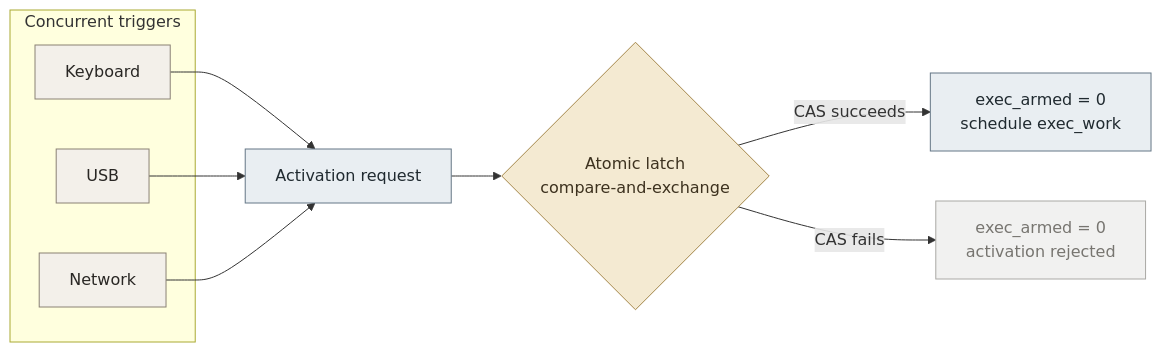
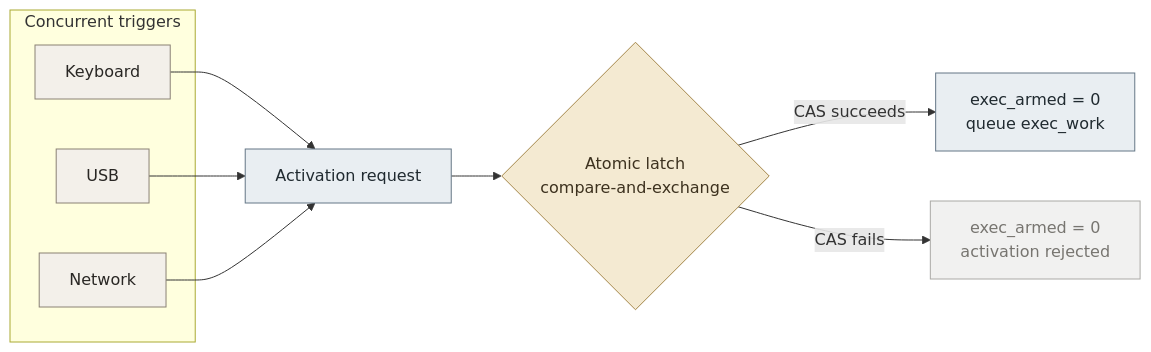
One commit to 0x48piraj/wrong8007 changed the second of 4 diagrams in docs/development.md. Above: the diagram before and after it, drawn with Mermaid. The commit also changed other lines of this file and 4 other files, not shown here.

````diff
--- a/docs/development.md
+++ b/docs/development.md
@@ -154,31 +154,31 @@
 ```mermaid
 flowchart LR
     subgraph TRIGGERS["Concurrent triggers"]
         K["Keyboard"]
         U["USB"]
         N["Network"]
     end
 
     A["Activation request"]
     G{"Atomic latch<br/>compare-and-exchange"}
-    W["exec_armed = 0<br/>schedule exec_work"]
+    W["exec_armed = 0<br/>queue exec_work"]
     D["exec_armed = 0<br/>activation rejected"]
 
     K --> A
     U --> A
     N --> A
 
     A --> G
     G -->|CAS succeeds| W
     G -->|CAS fails| D
 
     classDef trigger fill:#f3f0ea,stroke:#8a8175,color:#292724
     classDef core fill:#e9eef2,stroke:#657786,color:#202a30
     classDef gate fill:#f4ead2,stroke:#a4874a,color:#3d321f
     classDef reject fill:#f1f1f0,stroke:#aaa9a5,color:#777570
 
     class K,U,N trigger
     class A,W core
     class G gate
     class D reject
 ```
````
